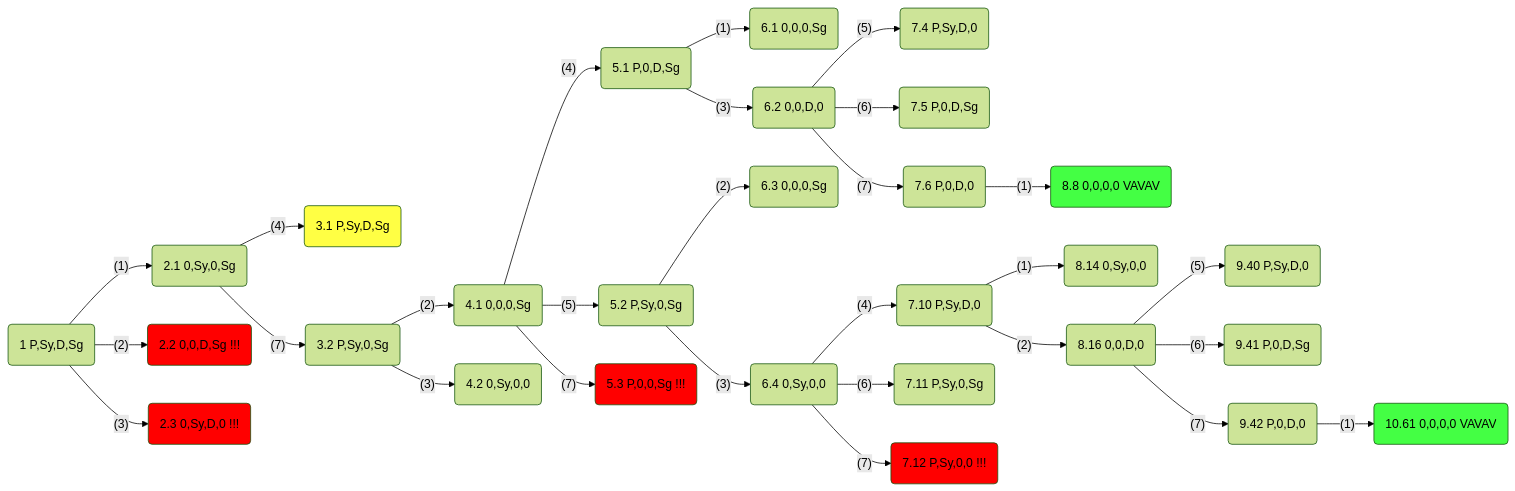
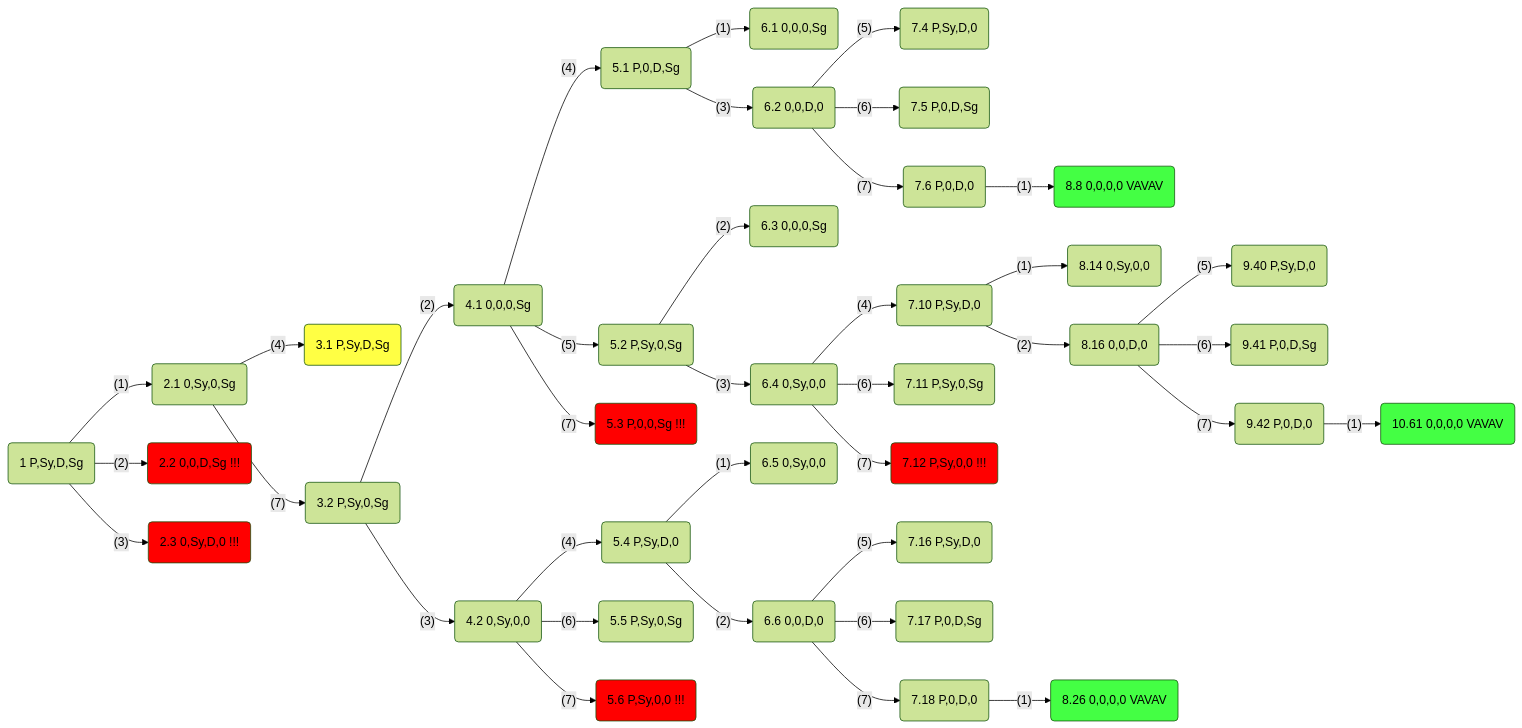
The first of 2 diagrams in Tugas1_AI_E.md (fritzm19/TIK2022-AI-E), drawn with Mermaid (forest theme) before and after one commit. The commit also changed other lines of this file, not shown here.

Commit message:
Update Tugas1_AI_E.md
Editing the syntax to only display necessary branches; three different possible solutions for the case

```diff
--- a/Tugas1_AI_E.md
+++ b/Tugas1_AI_E.md
@@ -24,10 +24,10 @@
   %% 4.1(4.1 0,Sy,0,Sg) --(6)--> 5.#(5.#)
   4.1(4.1 0,0,0,Sg) --(7)--> 5.3(5.3 P,0,0,Sg !!!)
   
-%%4.2(4.2 0,Sy,0,0) --(4)--> 5.4(5.4 P,Sy,D,0)
+  4.2(4.2 0,Sy,0,0) --(4)--> 5.4(5.4 P,Sy,D,0)
   %% 4.2(4.2 0,Sy,0,0) --(5)--> 5.#(5.# P,Sy,0,0)
-%%4.2(4.2 0,Sy,0,0) --(6)--> 5.5(5.5 P,Sy,0,Sg)
-%%4.2(4.2 0,Sy,0,0) --(7)--> 5.6(5.6 P,Sy,0,0 !!!)
+  4.2(4.2 0,Sy,0,0) --(6)--> 5.5(5.5 P,Sy,0,Sg)
+  4.2(4.2 0,Sy,0,0) --(7)--> 5.6(5.6 P,Sy,0,0 !!!)
   
   5.1(5.1 P,0,D,Sg) --(1)--> 6.1(6.1 0,0,0,Sg)
   %% 5.1(5.1 P,0,D,Sg) --(2)--> 6.#(6.#)
@@ -37,8 +37,8 @@
   5.2(5.2 P,Sy,0,Sg) --(2)--> 6.3(6.3 0,0,0,Sg)
   5.2(5.2 P,Sy,0,Sg) --(3)--> 6.4(6.4 0,Sy,0,0)
   
-%%5.4(5.4 P,Sy,D,0) --(1)--> 6.5(6.5 0,Sy,0,0)
-%%5.4(5.4 P,Sy,D,0) --(2)--> 6.6(6.6 0,0,D,0)
+  5.4(5.4 P,Sy,D,0) --(1)--> 6.5(6.5 0,Sy,0,0)
+  5.4(5.4 P,Sy,D,0) --(2)--> 6.6(6.6 0,0,D,0)
   %% 5.4(5.4 P,Sy,D,0) --(3)--> 6.#(6.#)
   
   %% 5.5(5.5 P,Sy,0,Sg) --(1)--> 6.#(6.#)
@@ -71,9 +71,9 @@
 %%6.5(6.5 0,Sy,0,0) --(7)--> 7.15(7.15 P,Sy,0,0 !!!)
   
   %% 6.6(6.6 0,0,D,0) --(4)--> 7.(7. P,0,D,Sg)
-%%6.6(6.6 0,0,D,0) --(5)--> 7.16(7.16 P,Sy,D,0)
-%%6.6(6.6 0,0,D,0) --(6)--> 7.17(7.17 P,0,D,Sg)
-%%6.6(6.6 0,0,D,0) --(7)--> 7.18(7.18 P,0,D,0)
+  6.6(6.6 0,0,D,0) --(5)--> 7.16(7.16 P,Sy,D,0)
+  6.6(6.6 0,0,D,0) --(6)--> 7.17(7.17 P,0,D,Sg)
+  6.6(6.6 0,0,D,0) --(7)--> 7.18(7.18 P,0,D,0)
   
 %%6.7(6.7 0,0,0,Sg) --(4)--> 7.19(7.19 P,0,D,Sg)
 %%6.7(6.7 0,0,0,Sg) --(5)--> 7.20(7.20 P,Sy,0,Sg)
@@ -137,7 +137,7 @@
   %% 7.17(7.17 P,0,D,Sg) --(2)--> 6.#(6.#)
 %%7.17(7.17 P,0,D,Sg) --(3)--> 8.25(8.25 0,0,D,0)
   
-%%7.18(7.18 P,0,D,0) --(1)--> 8.26(8.26 0,0,0,0 VAVAV)
+  7.18(7.18 P,0,D,0) --(1)--> 8.26(8.26 0,0,0,0 VAVAV)
   %% 7.18(7.18 P,0,D,0) --(2)--> 8.(8. 0,0,0,Sg)
   %% 7.18(7.18 P,0,D,0) --(3)--> 8.(8. 0,Sy,0,0)
   
```
